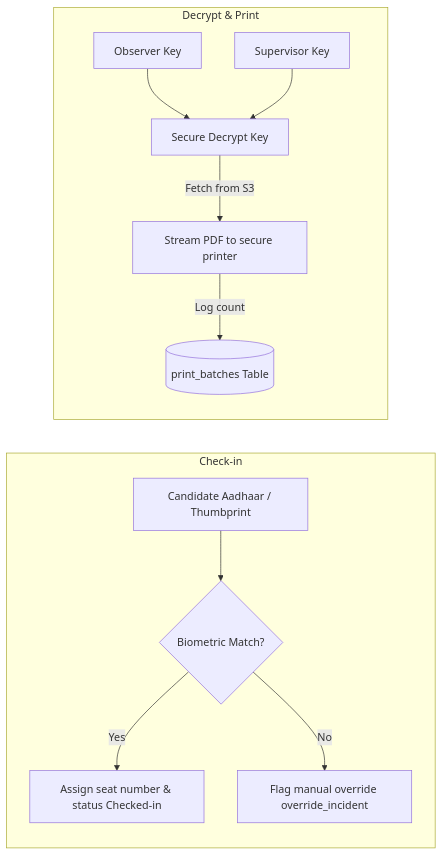
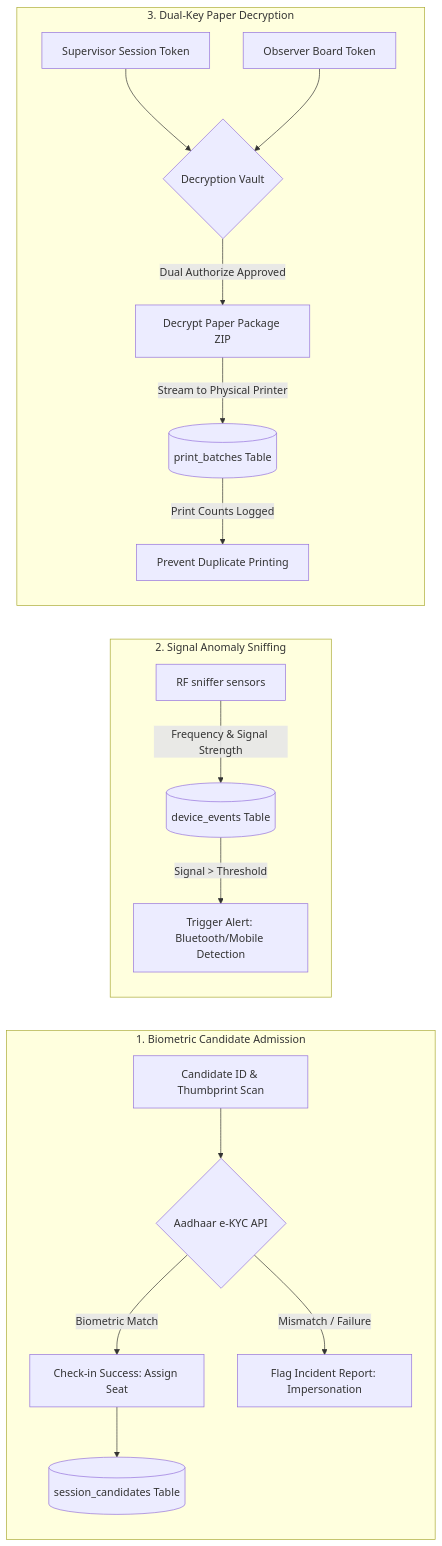
Before and after one commit to yashkoparde/Parakh-Ecosystem: the fourth of 5 diagrams in README.md, drawn with Mermaid. The commit also changed other lines of this file, not shown here.

Commit message:
docs: enrich Modules Deep Dive in README with precise architecture, file maps, and real schemas

````diff
--- a/README.md
+++ b/README.md
@@ -216,14 +259,21 @@
 ```mermaid
 flowchart LR
-    subgraph Check-in
-        C1[Candidate Aadhaar / Thumbprint] --> C2{Biometric Match?}
-        C2 -->|Yes| C3[Assign seat number & status Checked-in]
-        C2 -->|No| C4[Flag manual override override_incident]
+    subgraph Entrance [1. Biometric Candidate Admission]
+        I1[Candidate ID & Thumbprint Scan] --> I2{Aadhaar e-KYC API}
+        I2 -->|Biometric Match| I3[Check-in Success: Assign Seat]
+        I2 -->|Mismatch / Failure| I4[Flag Incident Report: Impersonation]
+        I3 --> I5[(session_candidates Table)]
     end
 
-    subgraph Decrypt & Print
-        P1[Observer Key] & P2[Supervisor Key] --> D1[Secure Decrypt Key]
-        D1 -->|Fetch from S3| D2[Stream PDF to secure printer]
-        D2 -->|Log count| P3[(print_batches Table)]
+    subgraph Security [2. Signal Anomaly Sniffing]
+        S1[RF sniffer sensors] -->|Frequency & Signal Strength| S2[(device_events Table)]
+        S2 -->|Signal > Threshold| S3[Trigger Alert: Bluetooth/Mobile Detection]
+    end
+
+    subgraph Release [3. Dual-Key Paper Decryption]
+        K1[Supervisor Session Token] & K2[Observer Board Token] --> R1{Decryption Vault}
+        R1 -->|Dual Authorize Approved| R2[Decrypt Paper Package ZIP]
+        R2 -->|Stream to Physical Printer| R3[(print_batches Table)]
+        R3 -->|Print Counts Logged| R4[Prevent Duplicate Printing]
     end
 ```
````
